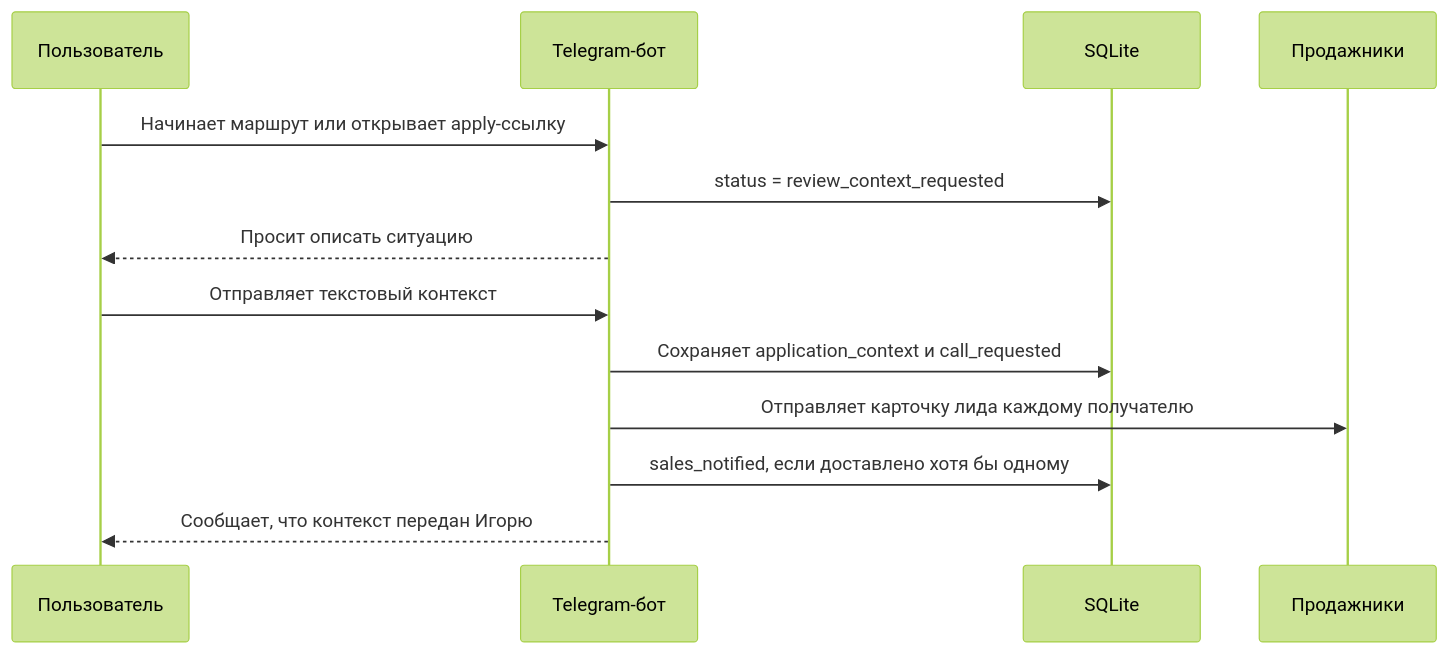
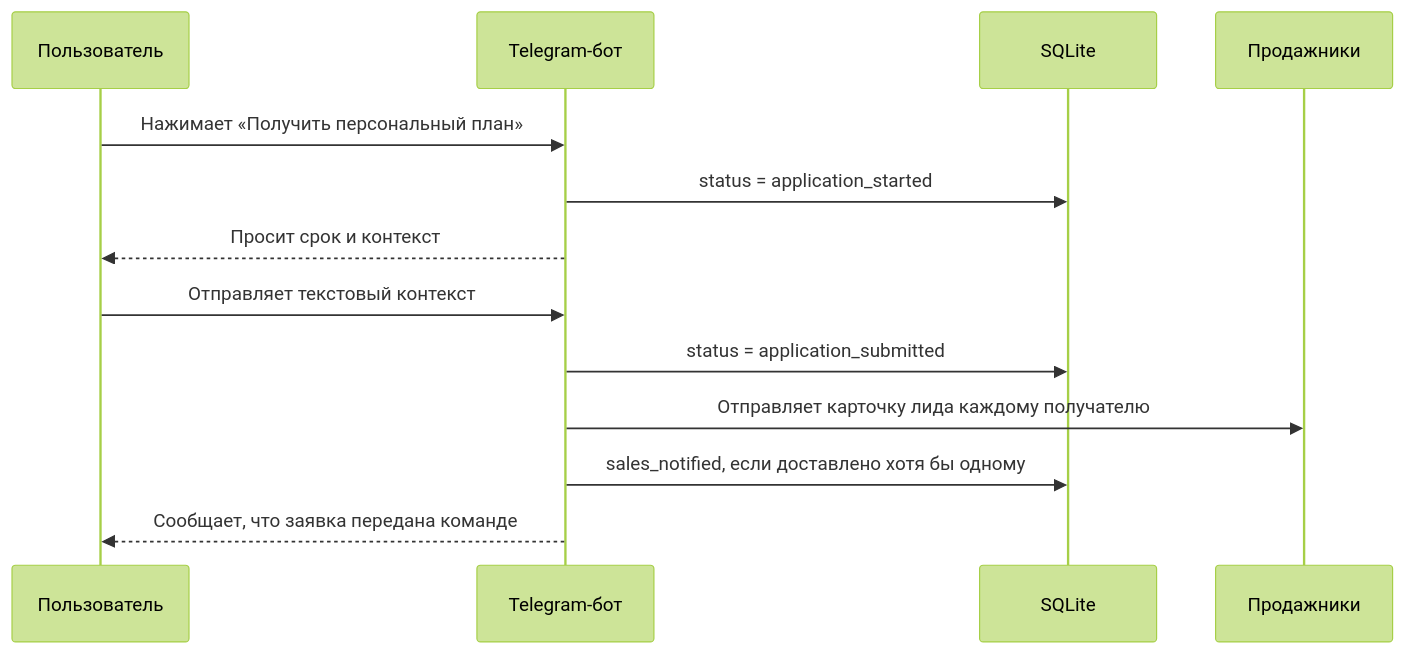
One commit to 0xAtsco/landing_rko changed the fourth of 4 diagrams in vc_funnel_bot/ARCHITECTURE.md. Above: the diagram before and after it, drawn with Mermaid (forest theme). The commit also changed other lines of this file and 20 other files, not shown here.

````diff
--- a/vc_funnel_bot/ARCHITECTURE.md
+++ b/vc_funnel_bot/ARCHITECTURE.md
@@ -339,15 +343,15 @@
 ```mermaid
 sequenceDiagram
     participant U as Пользователь
     participant B as Telegram-бот
     participant DB as SQLite
     participant S as Продажники
-    U->>B: Начинает маршрут или открывает apply-ссылку
-    B->>DB: status = review_context_requested
-    B-->>U: Просит описать ситуацию
+    U->>B: Нажимает «Получить персональный план»
+    B->>DB: status = application_started
+    B-->>U: Просит срок и контекст
     U->>B: Отправляет текстовый контекст
-    B->>DB: Сохраняет application_context и call_requested
+    B->>DB: status = application_submitted
     B->>S: Отправляет карточку лида каждому получателю
     B->>DB: sales_notified, если доставлено хотя бы одному
-    B-->>U: Сообщает, что контекст передан Игорю
+    B-->>U: Сообщает, что заявка передана команде
 ```
````
